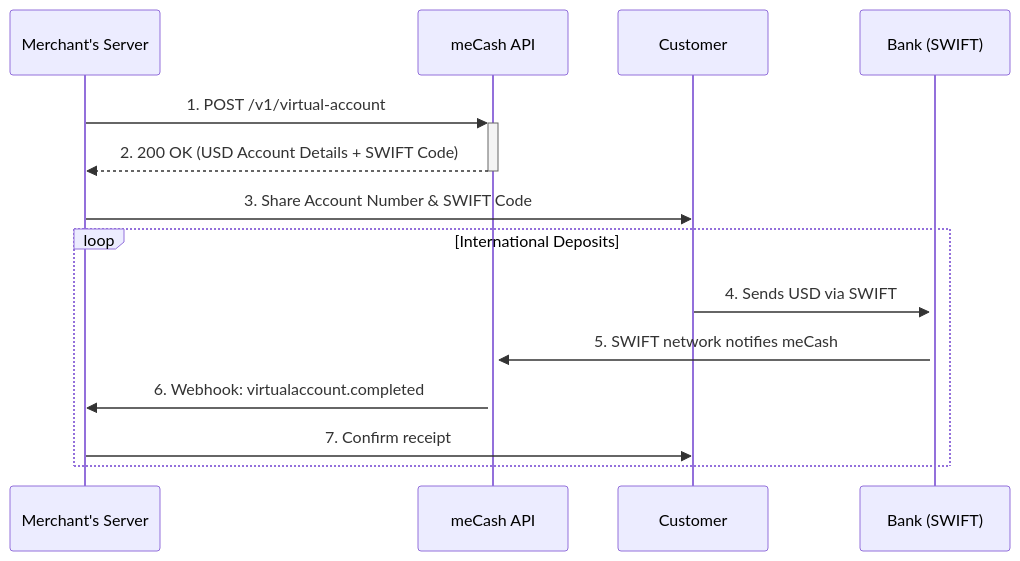
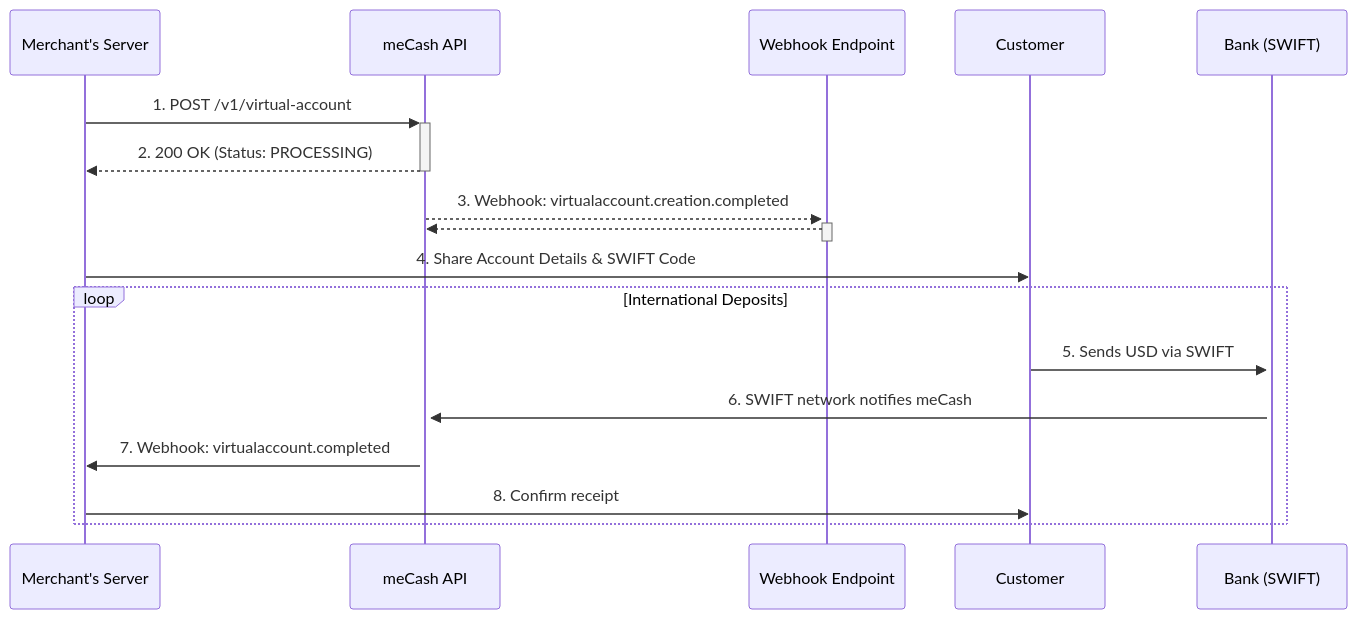
The diagram in virtual-accounts-docs/usd-virtual-account.mdx (Ejiro-mecash/docs), drawn with Mermaid before and after one commit. The commit also changed other lines of this file and 15 other files, not shown here.

````diff
--- a/virtual-accounts-docs/usd-virtual-account.mdx
+++ b/virtual-accounts-docs/usd-virtual-account.mdx
@@ -29,17 +29,22 @@
 ```mermaid
 sequenceDiagram
     participant M as Merchant's Server
     participant A as meCash API
+    participant W as Webhook Endpoint
     participant C as Customer
     participant B as Bank (SWIFT)
 
     M->>+A: 1. POST /v1/virtual-account
-    A-->>-M: 2. 200 OK (USD Account Details + SWIFT Code)
-    M->>C: 3. Share Account Number & SWIFT Code
+    A-->>-M: 2. 200 OK (Status: PROCESSING)
+    
+    A-->>+W: 3. Webhook: virtualaccount.creation.completed
+    W-->>-A: 
+    
+    M->>C: 4. Share Account Details & SWIFT Code
     loop International Deposits
-        C->>+B: 4. Sends USD via SWIFT
-        B->>+A: 5. SWIFT network notifies meCash
-        A->>M: 6. Webhook: virtualaccount.completed
-        M->>C: 7. Confirm receipt
+        C->>+B: 5. Sends USD via SWIFT
+        B->>+A: 6. SWIFT network notifies meCash
+        A->>M: 7. Webhook: virtualaccount.completed
+        M->>C: 8. Confirm receipt
     end
 ```
````
